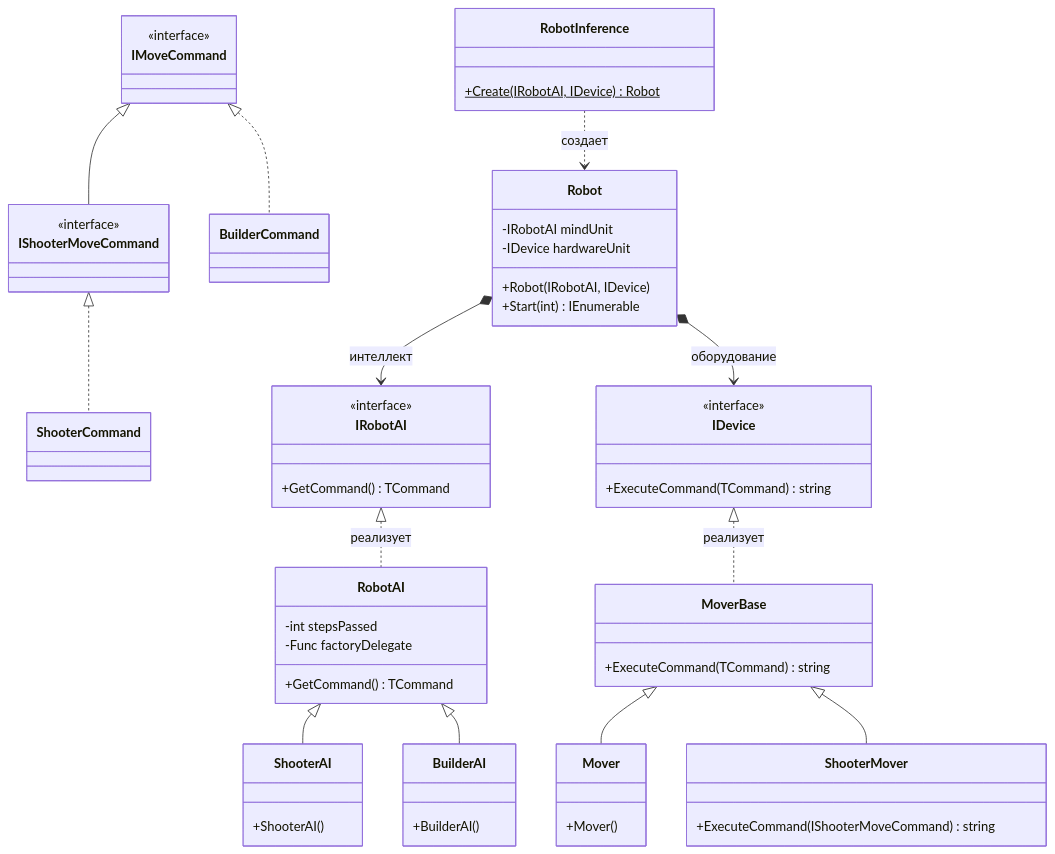
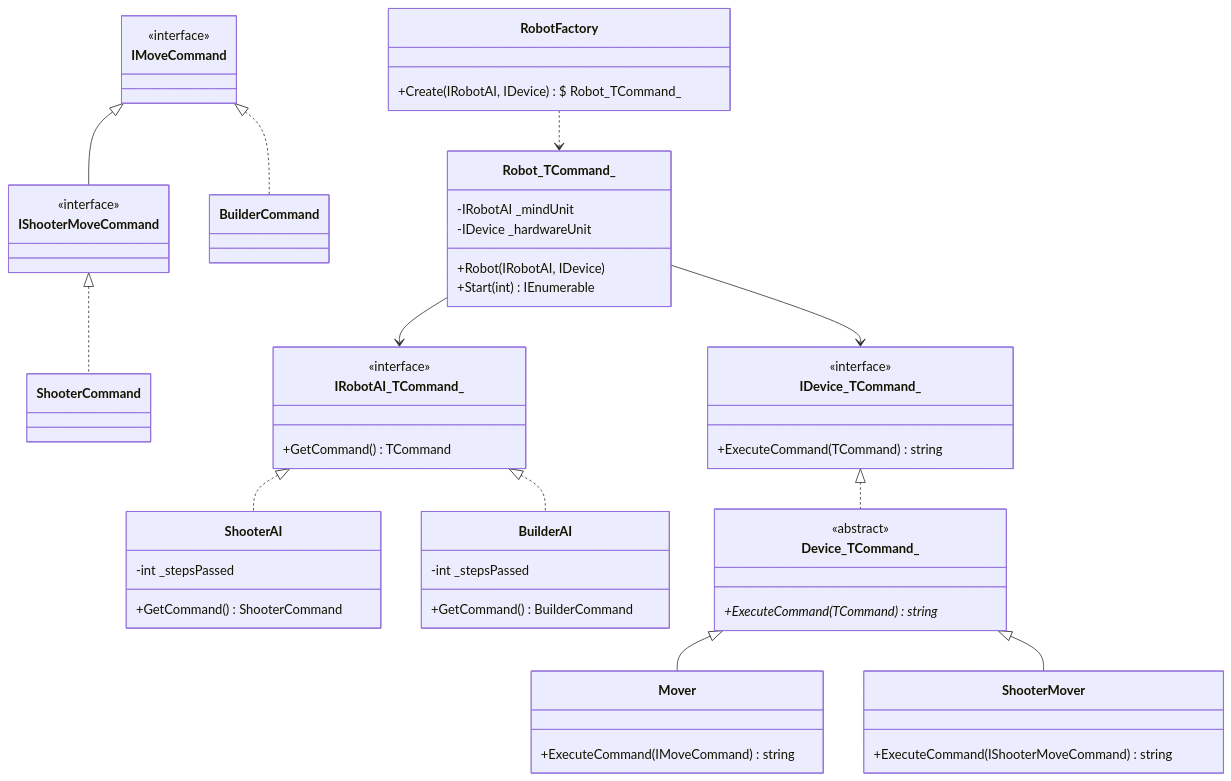
Before and after one commit to NingerangorOid/Praktika_2026: the diagram in robots.md, drawn with Mermaid.

Commit message:
правки внесены

````diff
--- a/robots.md
+++ b/robots.md
@@ -1,65 +1,67 @@
 ```mermaid
 classDiagram
     direction TB
 
-    %% Инфраструктурные интерфейсы команд
+    %% 1. Иерархия интерфейсов и команд
     class IMoveCommand { <<interface>> }
     class IShooterMoveCommand { <<interface>> }
     class ShooterCommand
     class BuilderCommand
     
     IMoveCommand <|-- IShooterMoveCommand
     IShooterMoveCommand <|.. ShooterCommand
     IMoveCommand <|.. BuilderCommand
 
-    %% Базовые интерфейсы ИИ и Устройств
-    class IRobotAI {
+    %% 2. Обобщенные контракты (Строго с дженериками в именах классов)
+    class IRobotAI_TCommand_ {
         <<interface>>
         +GetCommand() TCommand
     }
-    class IDevice {
+    class IDevice_TCommand_ {
         <<interface>>
         +ExecuteCommand(TCommand) string
     }
 
-    %% Обобщенная логика
-    class RobotAI {
-        -int stepsPassed
-        -Func factoryDelegate
-        +GetCommand() TCommand
+    %% 3. Реализации Искусственного Интеллекта
+    class ShooterAI {
+        -int _stepsPassed
+        +GetCommand() ShooterCommand
     }
-    IRobotAI <|.. RobotAI : реализует
+    class BuilderAI {
+        -int _stepsPassed
+        +GetCommand() BuilderCommand
+    }
+    IRobotAI_TCommand_ <|.. ShooterAI
+    IRobotAI_TCommand_ <|.. BuilderAI
 
-    class MoverBase {
-        +ExecuteCommand(TCommand) string
+    %% 4. Реализации Устройств-Исполнителей (Через абстрактный класс)
+    class Device_TCommand_ {
+        <<abstract>>
+        +ExecuteCommand(TCommand) string*
     }
-    IDevice <|.. MoverBase : реализует
+    IDevice_TCommand_ <|.. Device_TCommand_
 
-    %% Реализации ИИ
-    class ShooterAI { +ShooterAI() }
-    class BuilderAI { +BuilderAI() }
-    RobotAI <|-- ShooterAI
-    RobotAI <|-- BuilderAI
+    class Mover {
+        +ExecuteCommand(IMoveCommand) string
+    }
+    class ShooterMover {
+        +ExecuteCommand(IShooterMoveCommand) string
+    }
+    Device_TCommand_ <|-- Mover
+    Device_TCommand_ <|-- ShooterMover
 
-    %% Реализации Устройств
-    class Mover { +Mover() }
-    class ShooterMover { +ExecuteCommand(IShooterMoveCommand) string }
-    MoverBase <|-- Mover
-    MoverBase <|-- ShooterMover
-
-    %% Главный класс Робота
-    class Robot {
-        -IRobotAI mindUnit
-        -IDevice hardwareUnit
+    %% 5. Главный управляющий класс и Фабрика
+    class Robot_TCommand_ {
+        -IRobotAI _mindUnit
+        -IDevice _hardwareUnit
         +Robot(IRobotAI, IDevice)
         +Start(int) IEnumerable
     }
-    Robot *--> IRobotAI : интеллект
-    Robot *--> IDevice : оборудование
+    Robot_TCommand_ --> IRobotAI_TCommand_
+    Robot_TCommand_ --> IDevice_TCommand_
 
-    %% Статический метод фабрики без экранирования
-    class RobotInference {
-        +Create(IRobotAI, IDevice)$ Robot
+    class RobotFactory {
+        +Create(IRobotAI, IDevice)\$ Robot_TCommand_
     }
-    RobotInference ..> Robot : создает
+    RobotFactory ..> Robot_TCommand_
 ```
````
